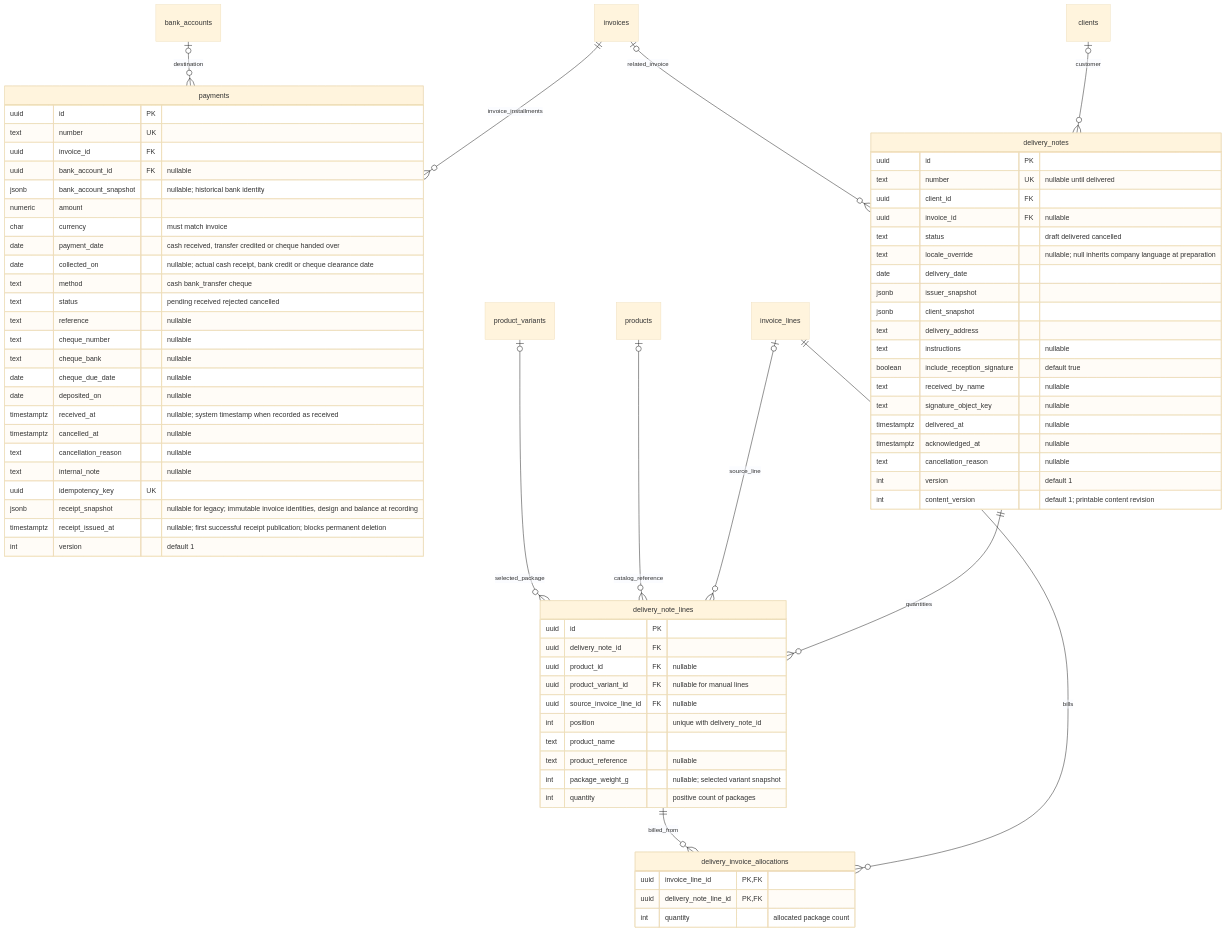
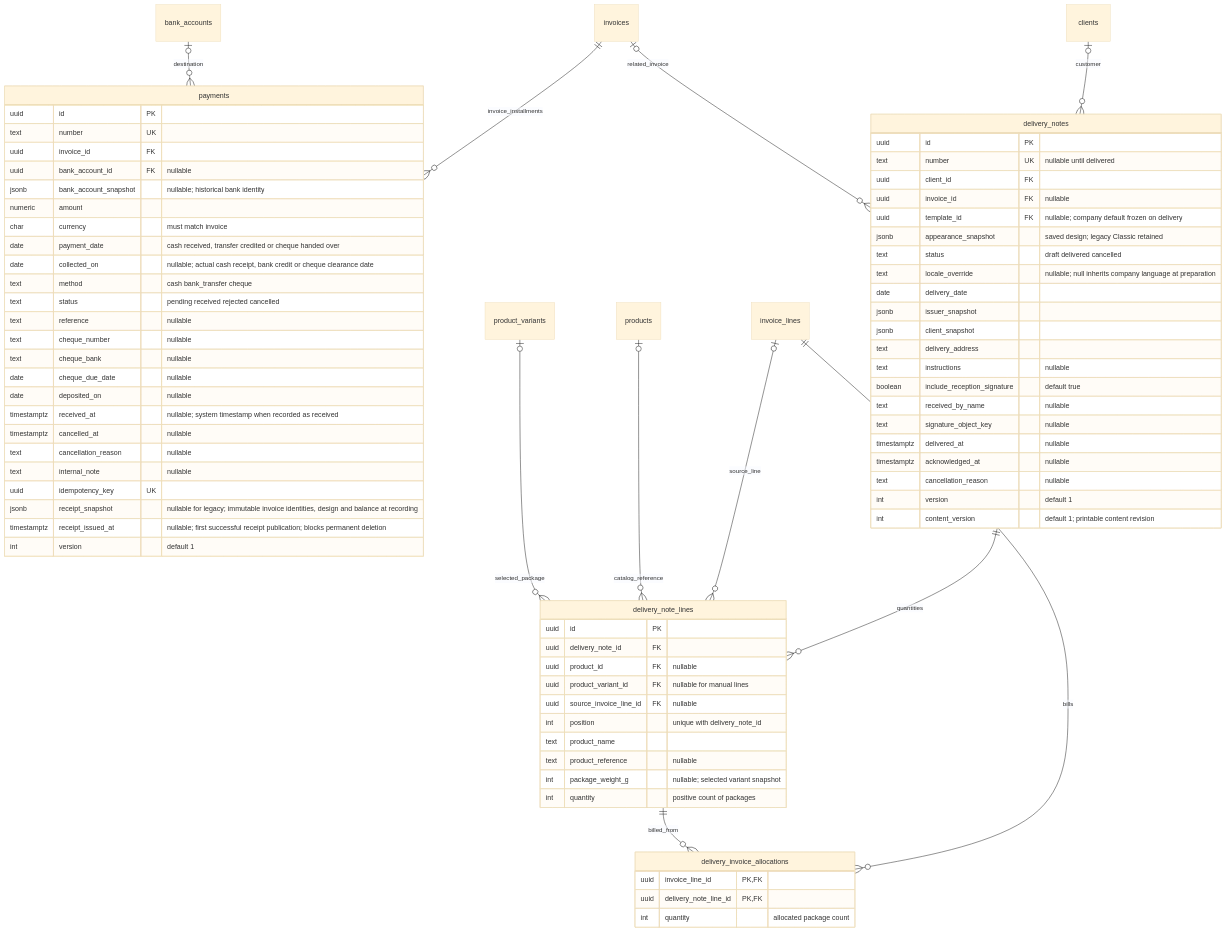
One commit to bamoya/slama-finance changed the ninth of 11 diagrams in docs/database-schema-design.md. Above: the diagram before and after it, drawn with Mermaid (base theme). The commit also changed other lines of this file and 34 other files, not shown here.

````diff
--- a/docs/database-schema-design.md
+++ b/docs/database-schema-design.md
@@ -658,77 +661,79 @@
 ```mermaid
 erDiagram
     invoices ||--o{ payments : invoice_installments
     bank_accounts o|--o{ payments : destination
     clients o|--o{ delivery_notes : customer
     invoices o|--o{ delivery_notes : related_invoice
     delivery_notes ||--o{ delivery_note_lines : quantities
     invoice_lines o|--o{ delivery_note_lines : source_line
     products o|--o{ delivery_note_lines : catalog_reference
     product_variants o|--o{ delivery_note_lines : selected_package
     payments {
         uuid id PK
         text number UK
         uuid invoice_id FK
         uuid bank_account_id FK "nullable"
         jsonb bank_account_snapshot "nullable; historical bank identity"
         numeric amount
         char currency "must match invoice"
         date payment_date "cash received, transfer credited or cheque handed over"
         date collected_on "nullable; actual cash receipt, bank credit or cheque clearance date"
         text method "cash bank_transfer cheque"
         text status "pending received rejected cancelled"
         text reference "nullable"
         text cheque_number "nullable"
         text cheque_bank "nullable"
         date cheque_due_date "nullable"
         date deposited_on "nullable"
         timestamptz received_at "nullable; system timestamp when recorded as received"
         timestamptz cancelled_at "nullable"
         text cancellation_reason "nullable"
         text internal_note "nullable"
         uuid idempotency_key UK
         jsonb receipt_snapshot "nullable for legacy; immutable invoice identities, design and balance at recording"
         timestamptz receipt_issued_at "nullable; first successful receipt publication; blocks permanent deletion"
         int version "default 1"
     }
     delivery_notes {
         uuid id PK
         text number UK "nullable until delivered"
         uuid client_id FK
         uuid invoice_id FK "nullable"
+        uuid template_id FK "nullable; company default frozen on delivery"
+        jsonb appearance_snapshot "saved design; legacy Classic retained"
         text status "draft delivered cancelled"
         text locale_override "nullable; null inherits company language at preparation"
         date delivery_date
         jsonb issuer_snapshot
         jsonb client_snapshot
         text delivery_address
         text instructions "nullable"
         boolean include_reception_signature "default true"
         text received_by_name "nullable"
         text signature_object_key "nullable"
         timestamptz delivered_at "nullable"
         timestamptz acknowledged_at "nullable"
         text cancellation_reason "nullable"
         int version "default 1"
         int content_version "default 1; printable content revision"
     }
     delivery_note_lines {
         uuid id PK
         uuid delivery_note_id FK
         uuid product_id FK "nullable"
         uuid product_variant_id FK "nullable for manual lines"
         uuid source_invoice_line_id FK "nullable"
         int position "unique with delivery_note_id"
         text product_name
         text product_reference "nullable"
         int package_weight_g "nullable; selected variant snapshot"
         int quantity "positive count of packages"
     }
     delivery_invoice_allocations {
         uuid invoice_line_id PK, FK
         uuid delivery_note_line_id PK, FK
         int quantity "allocated package count"
     }
     invoice_lines ||--o{ delivery_invoice_allocations : bills
     delivery_note_lines ||--o{ delivery_invoice_allocations : billed_from
 ```
````
